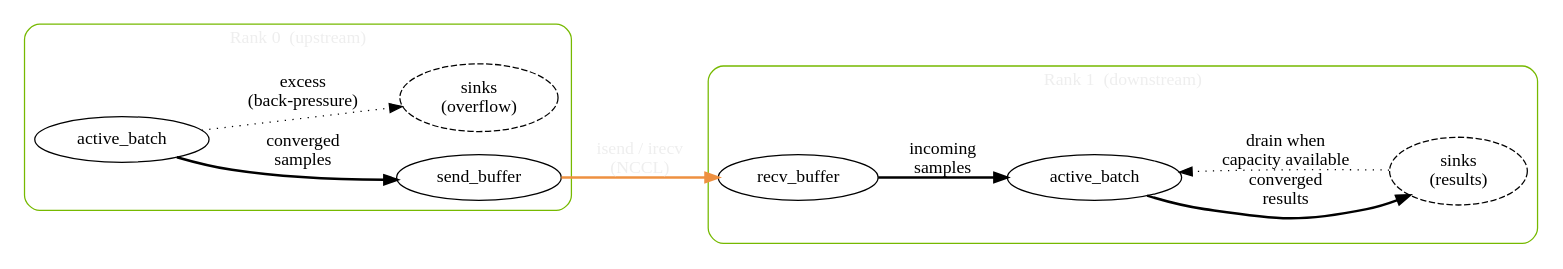
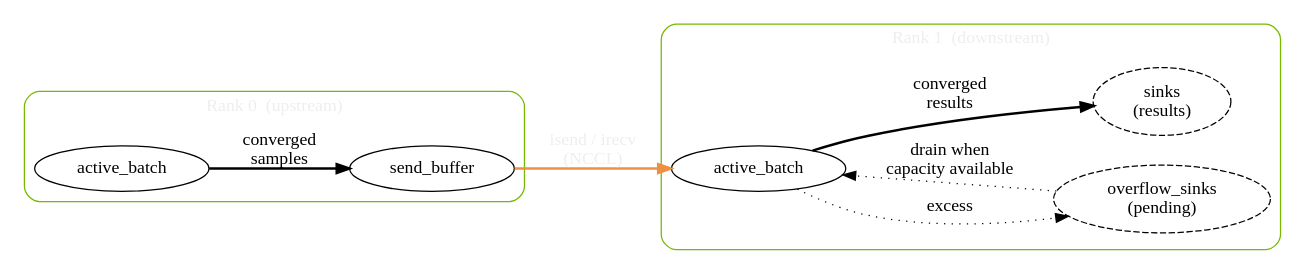
One commit to NVIDIA/nvalchemi-toolkit changed the diagram in docs/userguide/dynamics.md. Above: the diagram before and after it, drawn with Graphviz. The commit also changed other lines of this file and 14 other files, not shown here.

````diff
--- a/docs/userguide/dynamics.md
+++ b/docs/userguide/dynamics.md
@@ -372,45 +377,43 @@
 ```{graphviz}
 :caption: Buffer synchronization between two adjacent ranks in a DistributedPipeline.
 
 digraph buffer_sync {
     rankdir=LR
     compound=true
 
     subgraph cluster_upstream {
         label="Rank 0  (upstream)"
         style=rounded
         color="#76b900"
         fontcolor="#eeeeee"
 
         u_batch [label="active_batch"]
         u_send  [label="send_buffer" fillcolor="#4a3315"]
-        u_sinks [label="sinks\n(overflow)" style=dashed]
 
         u_batch -> u_send [label="converged\nsamples" style=bold]
-        u_batch -> u_sinks [label="excess\n(back-pressure)" style=dotted]
     }
 
     subgraph cluster_downstream {
         label="Rank 1  (downstream)"
         style=rounded
         color="#76b900"
         fontcolor="#eeeeee"
 
-        d_recv  [label="recv_buffer" fillcolor="#4a3315"]
         d_batch [label="active_batch"]
+        d_overflow [label="overflow_sinks\n(pending)" style=dashed]
         d_sinks [label="sinks\n(results)" style=dashed]
 
-        d_recv -> d_batch [label="incoming\nsamples" style=bold]
+        d_batch -> d_overflow [label="excess" style=dotted]
+        d_overflow -> d_batch [label="drain when\ncapacity available" style=dotted]
         d_batch -> d_sinks [label="converged\nresults" style=bold]
-        d_sinks -> d_batch [label="drain when\ncapacity available" style=dotted]
     }
 
-    u_send -> d_recv [
+    u_send -> d_batch [
         label="isend / irecv\n(NCCL)";
         style=bold;
         color="#ee9040";
         fontcolor="#eeeeee";
         penwidth=2;
     ]
 }
 ```
````
